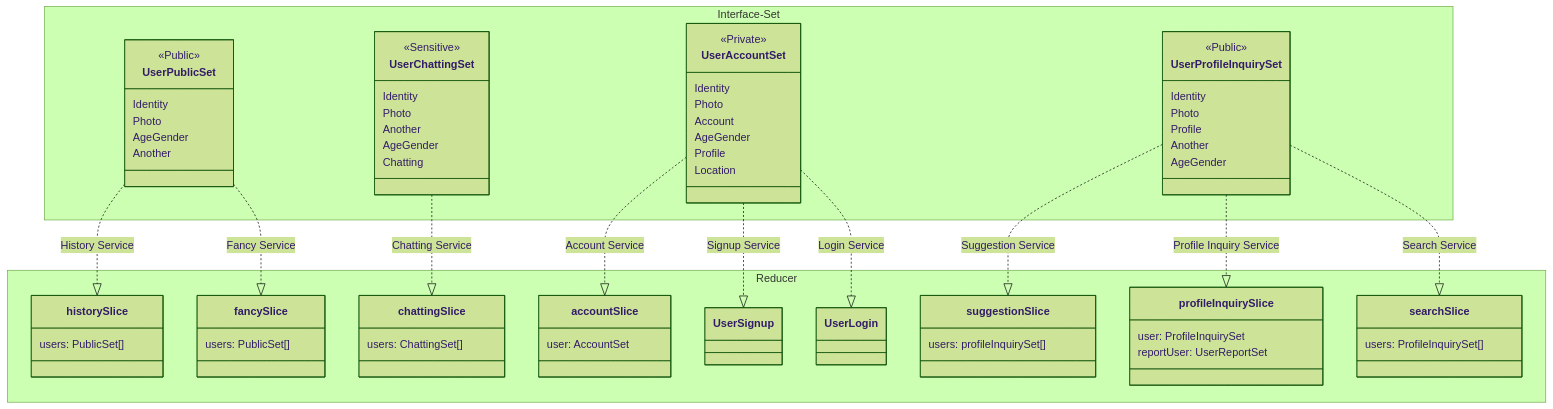
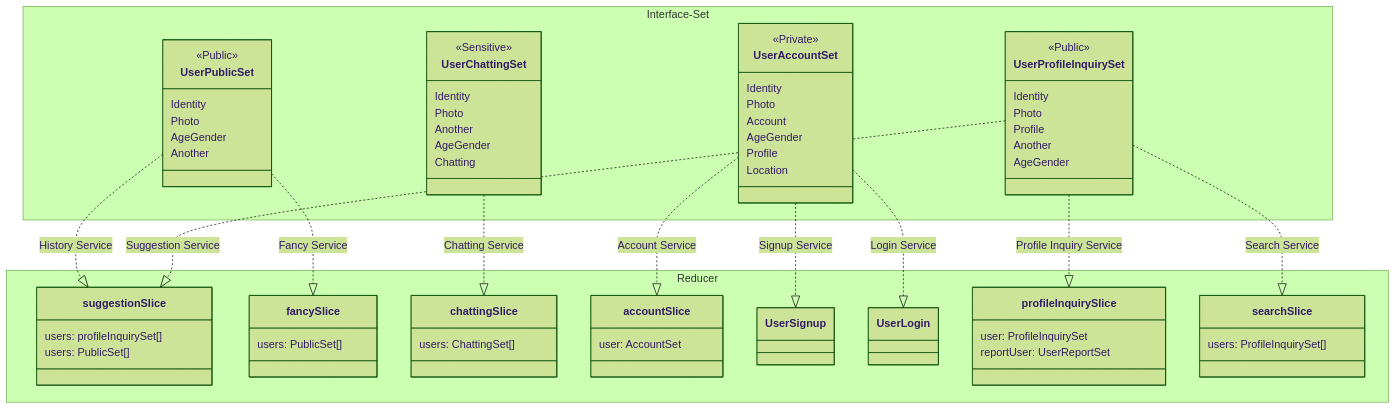
One commit to 42Seoul-Tea42/frontend changed the second of 2 diagrams in app/redux/README.md. Above: the diagram before and after it, drawn with Mermaid (forest theme). The commit also changed 25 other files, not shown here.

```diff
--- a/app/redux/README.md
+++ b/app/redux/README.md
@@ -176,7 +176,7 @@
     }
 }
 
-UserPublicSet ..|> historySlice : History Service
+UserPublicSet ..|> suggestionSlice : History Service
 UserPublicSet ..|> fancySlice : Fancy Service
 UserChattingSet ..|> chattingSlice : Chatting Service
 UserAccountSet ..|> accountSlice : Account Service
@@ -196,7 +196,7 @@
         users: PublicSet[]
     }
 
-    class historySlice {
+    class suggestionSlice {
         users: PublicSet[]
     }
 
```
